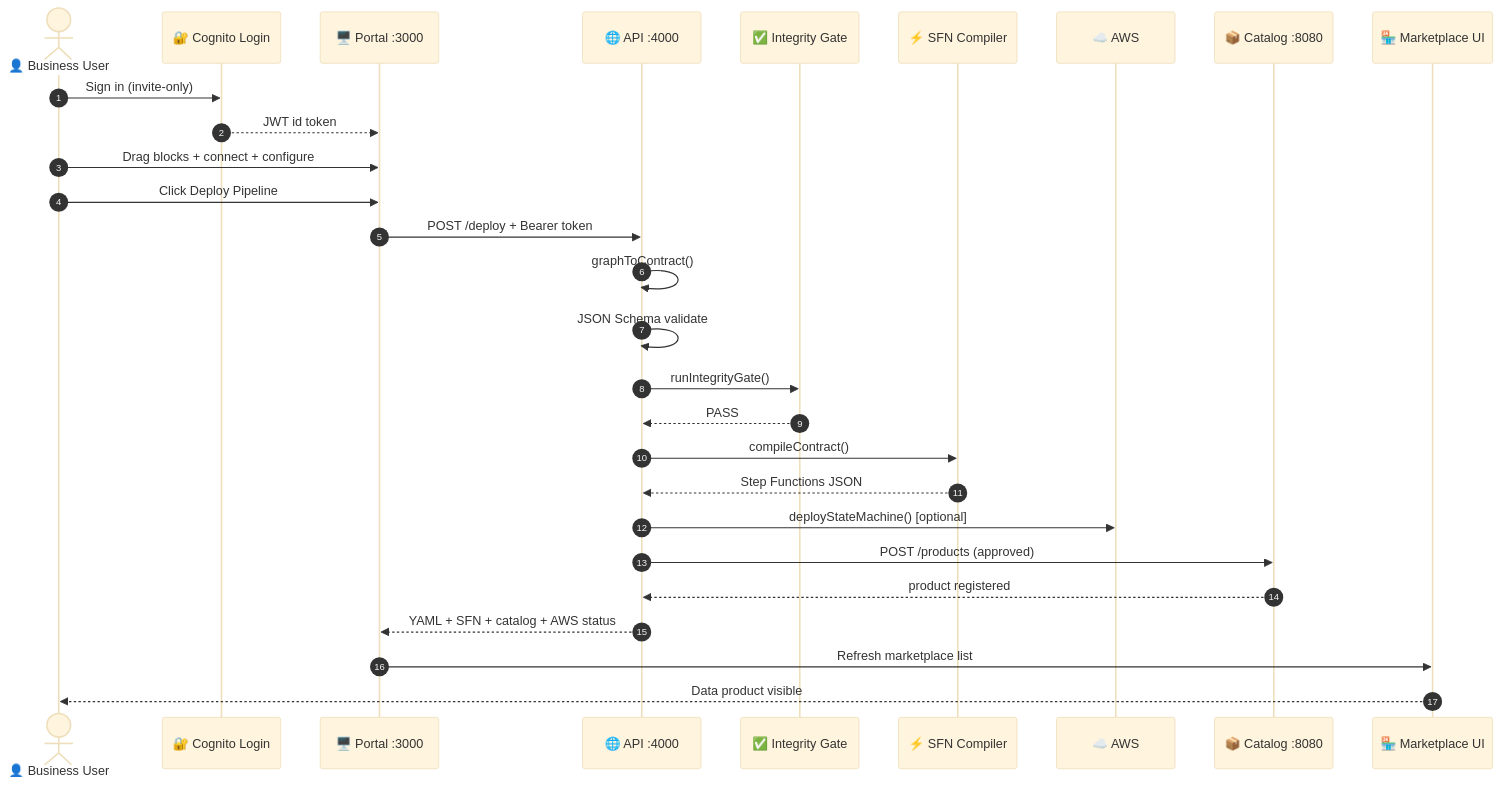
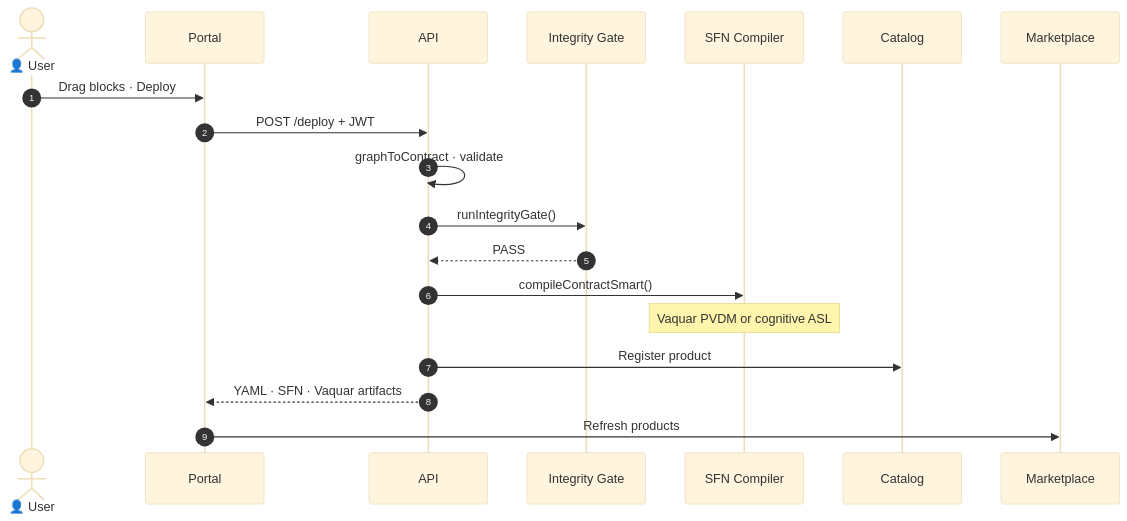
One commit to vaquarkhan/CogniMesh changed the second of 7 diagrams in README.md. Above: the diagram before and after it, drawn with Mermaid (base theme). The commit also changed other lines of this file and 40 other files, not shown here.

````diff
--- a/README.md
+++ b/README.md
@@ -97,35 +132,22 @@
 ```mermaid
 sequenceDiagram
     autonumber
-    actor User as 👤 Business User
-    participant Login as 🔐 Cognito Login
-    participant Portal as 🖥️ Portal :3000
-    participant API as 🌐 API :4000
-    participant Gate as ✅ Integrity Gate
-    participant SFN as ⚡ SFN Compiler
-    participant AWS as ☁️ AWS
-    participant Cat as 📦 Catalog :8080
-    participant Mkt as 🏪 Marketplace UI
+    actor User as 👤 User
+    participant Portal as Portal
+    participant API as API
+    participant Gate as Integrity Gate
+    participant SFN as SFN Compiler
+    participant Cat as Catalog
+    participant Mkt as Marketplace
 
-    User->>Login: Sign in (invite-only)
-    Login-->>Portal: JWT id token
-    User->>Portal: Drag blocks + connect + configure
-    User->>Portal: Click Deploy Pipeline
-    Portal->>API: POST /deploy + Bearer token
-
-    API->>API: graphToContract()
-    API->>API: JSON Schema validate
+    User->>Portal: Drag blocks · Deploy
+    Portal->>API: POST /deploy + JWT
+    API->>API: graphToContract · validate
     API->>Gate: runIntegrityGate()
     Gate-->>API: PASS
-
-    API->>SFN: compileContract()
-    SFN-->>API: Step Functions JSON
-
-    API->>AWS: deployStateMachine() [optional]
-    API->>Cat: POST /products (approved)
-    Cat-->>API: product registered
-
-    API-->>Portal: YAML + SFN + catalog + AWS status
-    Portal->>Mkt: Refresh marketplace list
-    Mkt-->>User: Data product visible
+    API->>SFN: compileContractSmart()
+  Note over SFN: Vaquar PVDM or cognitive ASL
+    API->>Cat: Register product
+    API-->>Portal: YAML · SFN · Vaquar artifacts
+    Portal->>Mkt: Refresh products
 ```
````
